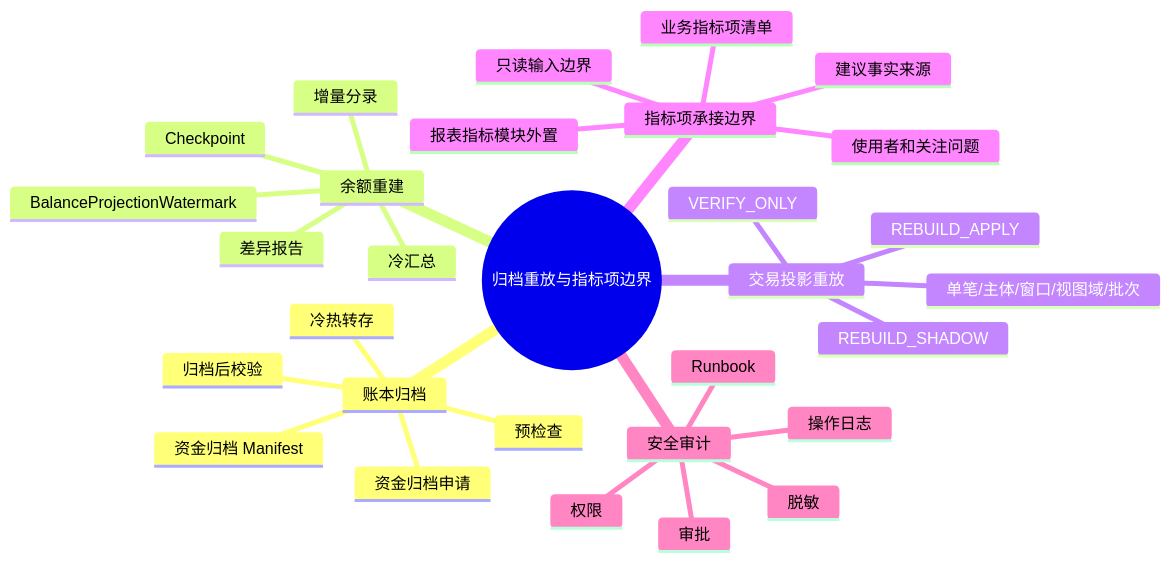
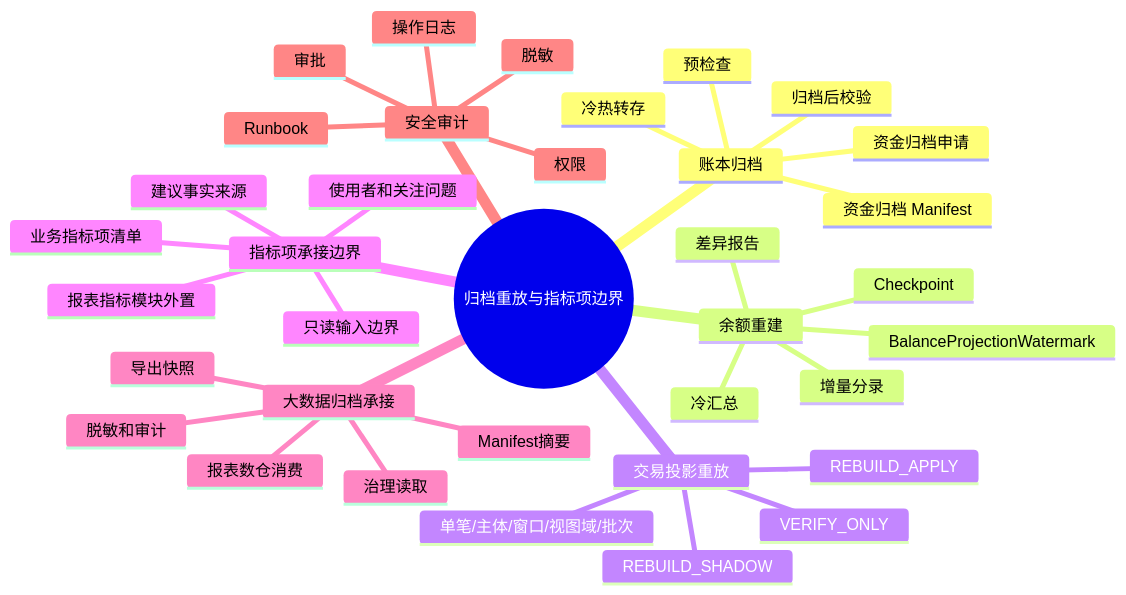
Before and after one commit to fengwuxp/wind-funds: the second of 7 diagrams in docs/系分设计/04-归档重放与指标治理系分设计.md, drawn with Mermaid. The commit also changed other lines of this file and 30 other files, not shown here.

````diff
--- a/docs/系分设计/04-归档重放与指标治理系分设计.md
+++ b/docs/系分设计/04-归档重放与指标治理系分设计.md
@@ -149,33 +192,39 @@
 ```mermaid
 mindmap
   root((归档重放与指标项边界))
     账本归档
       资金归档申请
       预检查
       资金归档 Manifest
       冷热转存
       归档后校验
     余额重建
       BalanceProjectionWatermark
       Checkpoint
       冷汇总
       增量分录
       差异报告
     交易投影重放
       VERIFY_ONLY
       REBUILD_SHADOW
       REBUILD_APPLY
       单笔/主体/窗口/视图域/批次
     指标项承接边界
       业务指标项清单
       使用者和关注问题
       建议事实来源
       只读输入边界
       报表指标模块外置
+    大数据归档承接
+      治理读取
+      导出快照
+      Manifest摘要
+      脱敏和审计
+      报表数仓消费
     安全审计
       权限
       审批
       脱敏
       操作日志
       Runbook
 ```
````
